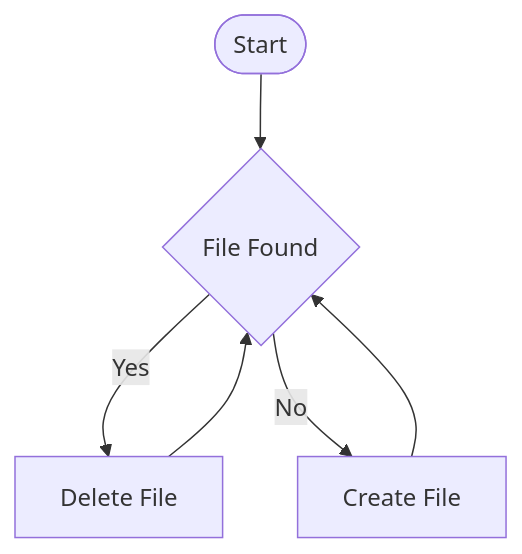
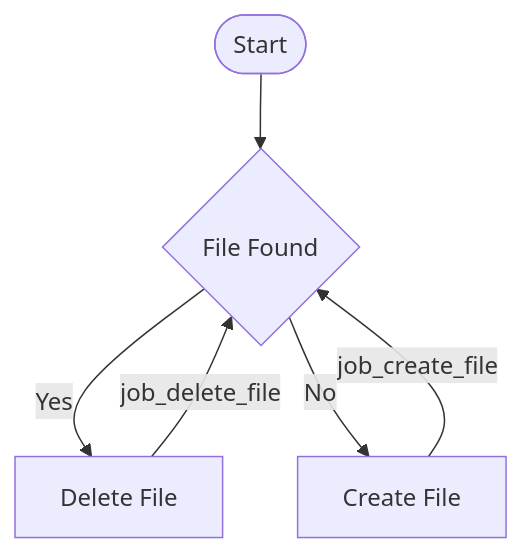
Before and after one commit to michimussato/OpenStudioLandscapes-Dagster-Showcase: the diagram in README.md, drawn with Mermaid. The commit also changed other lines of this file, not shown here.

Commit message:
- update README.md

````diff
--- a/README.md
+++ b/README.md
@@ -44,14 +44,14 @@
 ```mermaid
 graph TB
     start([Start])
     file_found{File Found}
-    create_file[Create File]
-    delete_file[Delete File]
+    create_file["Create File"]
+    delete_file["Delete File"]
     
     start --> file_found 
     file_found -- Yes --> delete_file
     file_found -- No --> create_file
     
-    create_file --> file_found
-    delete_file --> file_found
+    create_file -- job_create_file --> file_found
+    delete_file -- job_delete_file --> file_found
 ```
````
